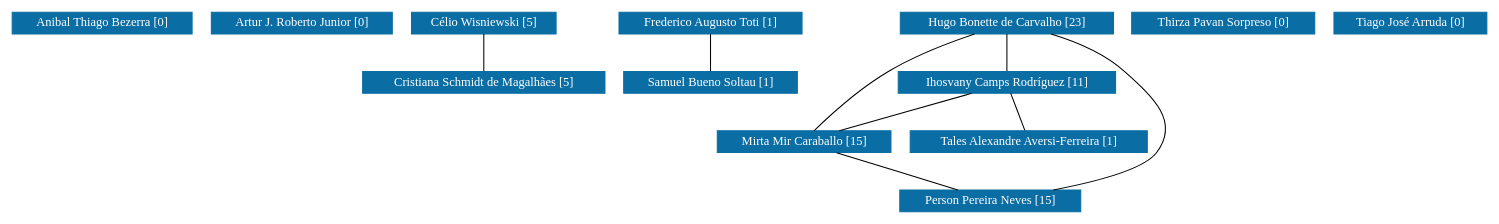
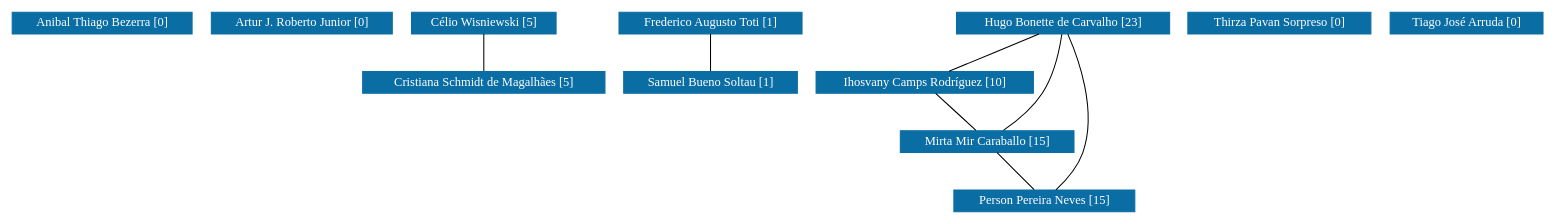
One commit to icamps/unifal-lattes.github.io changed the diagram in df/grafoDeColaboracoesSemPesos.dot. Above: the diagram before and after it, drawn with Graphviz. The commit also changed 588 other files, not shown here.

```diff
--- a/df/grafoDeColaboracoesSemPesos.dot
+++ b/df/grafoDeColaboracoesSemPesos.dot
@@ -1,110 +1,102 @@
 strict graph grafo1 {
-	graph [bb="0,0,1186.5,192",
+	graph [bb="0,0,1229.5,192",
 		id=grafo1,
 		overlap=False
 	];
 	node [fontsize=12,
 		label="\N",
 		shape=rectangle,
 		style=filled
 	];
 	0	 [URL="membro-8478305453281130.html",
 		color="#0A6EA4",
 		fontcolor="#FFFFFF",
 		height=0.29167,
 		label="Anibal Thiago Bezerra [0]",
 		pos="71.5,181.5",
 		width=1.9861];
 	1	 [URL="membro-6122155083160820.html",
 		color="#0A6EA4",
 		fontcolor="#FFFFFF",
 		height=0.29167,
 		label="Artur J. Roberto Junior [0]",
 		pos="232.5,181.5",
 		width=1.9861];
 	2	 [URL="membro-4055079165002493.html",
 		color="#0A6EA4",
 		fontcolor="#FFFFFF",
 		height=0.29167,
 		label="Célio Wisniewski [5]",
 		pos="380.5,181.5",
 		width=1.6111];
 	3	 [URL="membro-1140012060761818.html",
 		color="#0A6EA4",
 		fontcolor="#FFFFFF",
 		height=0.29167,
 		label="Cristiana Schmidt de Magalhães [5]",
 		pos="380.5,124.5",
 		width=2.5833];
 	2 -- 3	 [pos="380.5,170.78 380.5,160.59 380.5,145.35 380.5,135.17"];
 	4	 [URL="membro-5154949759339458.html",
 		color="#0A6EA4",
 		fontcolor="#FFFFFF",
 		height=0.29167,
 		label="Frederico Augusto Toti [1]",
 		pos="560.5,181.5",
 		width=1.9861];
 	9	 [URL="membro-4318353199461089.html",
 		color="#0A6EA4",
 		fontcolor="#FFFFFF",
 		height=0.29167,
 		label="Samuel Bueno Soltau [1]",
 		pos="560.5,124.5",
 		width=1.9028];
 	4 -- 9	 [pos="560.5,170.78 560.5,160.59 560.5,145.35 560.5,135.17"];
 	5	 [URL="membro-1642083834158700.html",
 		color="#0A6EA4",
 		fontcolor="#FFFFFF",
 		height=0.29167,
 		label="Hugo Bonette de Carvalho [23]",
-		pos="802.5,181.5",
+		pos="845.5,181.5",
 		width=2.3194];
 	6	 [URL="membro-3732563704810366.html",
 		color="#0A6EA4",
 		fontcolor="#FFFFFF",
 		height=0.29167,
-		label="Ihosvany Camps Rodríguez [11]",
-		pos="802.5,124.5",
+		label="Ihosvany Camps Rodríguez [10]",
+		pos="732.5,124.5",
 		width=2.3611];
-	5 -- 6	 [pos="802.5,170.78 802.5,160.59 802.5,145.35 802.5,135.17"];
+	5 -- 6	 [pos="824.51,170.91 804.21,160.67 773.64,145.25 753.38,135.03"];
 	7	 [URL="membro-6165304398755510.html",
 		color="#0A6EA4",
 		fontcolor="#FFFFFF",
 		height=0.29167,
 		label="Mirta Mir Caraballo [15]",
-		pos="640.5,67.5",
+		pos="787.5,67.5",
 		width=1.875];
-	5 -- 7	 [pos="775.69,170.99 756.15,162.7 729.53,150.03 708.5,135 684.68,117.98 661.47,92.456 649.29,78.168"];
+	5 -- 7	 [pos="843.95,170.92 841.62,157.18 836.4,132.73 826.5,114 819.31,100.4 807.64,87.187 798.93,78.345"];
 	8	 [URL="membro-2380268778692743.html",
 		color="#0A6EA4",
 		fontcolor="#FFFFFF",
 		height=0.29167,
 		label="Person Pereira Neves [15]",
-		pos="789.5,10.5",
+		pos="835.5,10.5",
 		width=1.9306];
-	5 -- 8	 [pos="838.08,170.9 857.52,163.54 880.78,151.96 896.5,135 921.07,108.49 940.31,86.548 919.5,57 909.46,42.743 868.84,29.672 835.64,21.043"];
-	6 -- 7	 [pos="772.41,113.91 743.31,103.67 699.47,88.25 670.43,78.031"];
-	10	 [URL="membro-1101341437463729.html",
-		color="#0A6EA4",
-		fontcolor="#FFFFFF",
-		height=0.29167,
-		label="Tales Alexandre Aversi-Ferreira [1]",
-		pos="818.5,67.5",
-		width=2.5556];
-	6 -- 10	 [pos="805.51,113.78 808.37,103.59 812.65,88.348 815.5,78.173"];
-	7 -- 8	 [pos="668.18,56.912 694.94,46.674 735.26,31.25 761.97,21.031"];
-	11	 [URL="membro-3940703666349048.html",
+	5 -- 8	 [pos="849.89,170.99 858.32,149.31 874.96,98.243 863.5,57 859.77,43.562 850.99,30.12 844.25,21.17"];
+	6 -- 7	 [pos="742.85,113.78 752.68,103.59 767.38,88.348 777.2,78.173"];
+	7 -- 8	 [pos="796.53,56.779 805.11,46.588 817.94,31.348 826.51,21.173"];
+	10	 [URL="membro-3940703666349048.html",
 		color="#0A6EA4",
 		fontcolor="#FFFFFF",
 		height=0.29167,
 		label="Thirza Pavan Sorpreso [0]",
-		pos="975.5,181.5",
+		pos="1018.5,181.5",
 		width=1.9722];
-	12	 [URL="membro-2604391010090933.html",
+	11	 [URL="membro-2604391010090933.html",
 		color="#0A6EA4",
 		fontcolor="#FFFFFF",
 		height=0.29167,
 		label="Tiago José Arruda [0]",
-		pos="1125.5,181.5",
+		pos="1168.5,181.5",
 		width=1.6944];
 }
```
